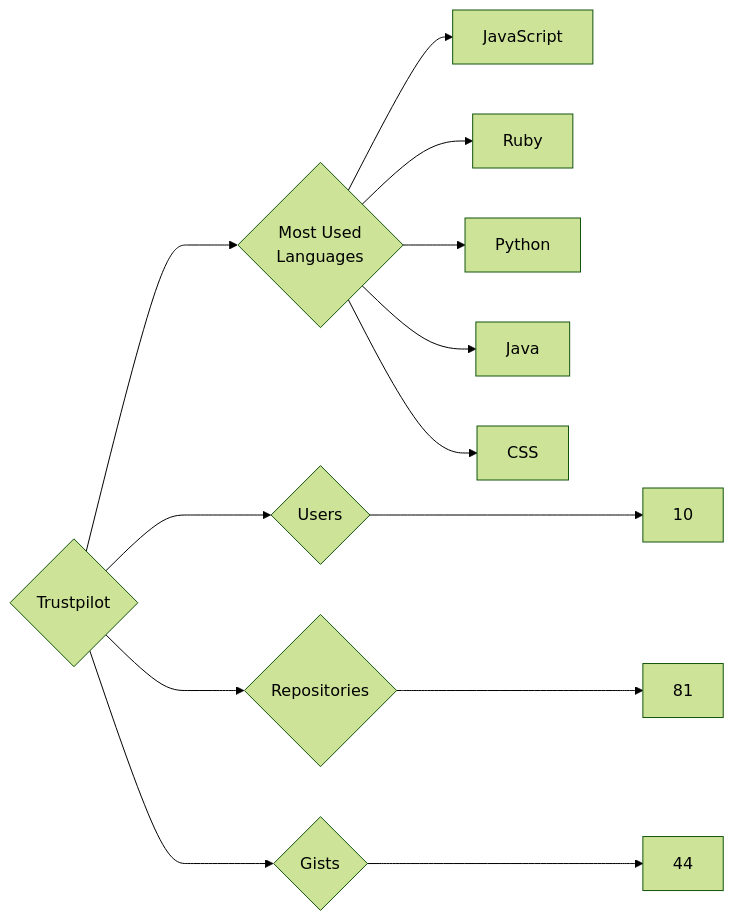
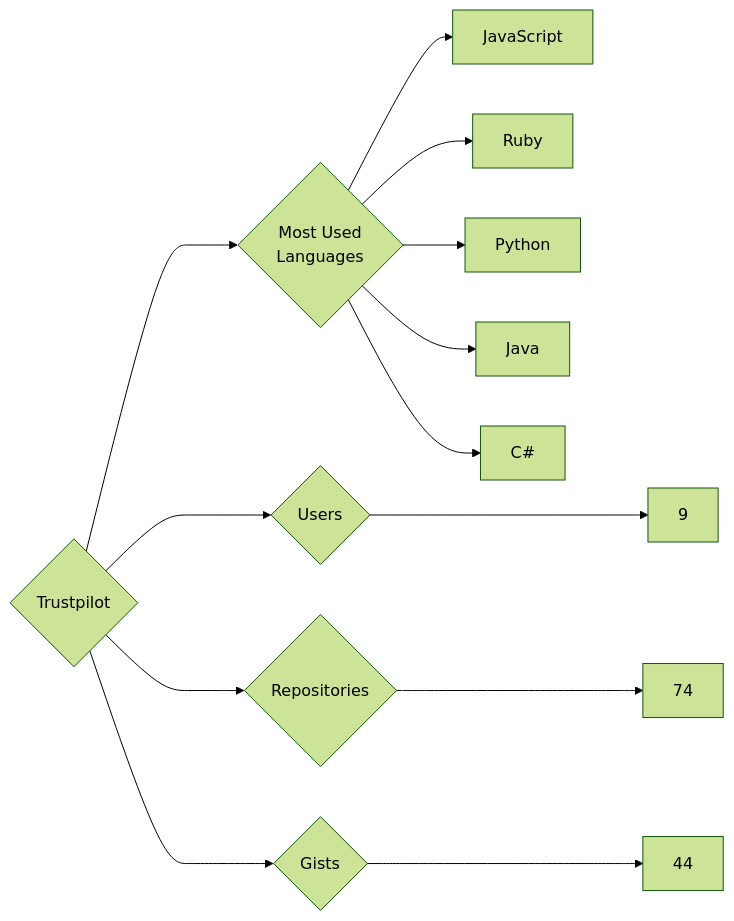
The diagram in targets/Trustpilot/README.md (trickest/insiders), drawn with Mermaid (forest theme) before and after one commit. The commit also changed 973 other files, not shown here.

````diff
--- a/targets/Trustpilot/README.md
+++ b/targets/Trustpilot/README.md
@@ -3,13 +3,13 @@
 ```mermaid
 graph LR
 COMPANY_NAME{Trustpilot}
-COMPANY_NAME ---> U{Users} ---> UN[10]
-COMPANY_NAME ---> R{Repositories} ---> RN[81]
+COMPANY_NAME ---> U{Users} ---> UN[9]
+COMPANY_NAME ---> R{Repositories} ---> RN[74]
 COMPANY_NAME ---> G{Gists} ---> GN[44]
 COMPANY_NAME ---> ML{Most Used<br>Languages}
 ML --> JavaScript[JavaScript]
 ML --> Ruby[Ruby]
 ML --> Python[Python]
 ML --> Java[Java]
-ML --> CSS[CSS]
+ML --> C#[C#]
 ```
````
